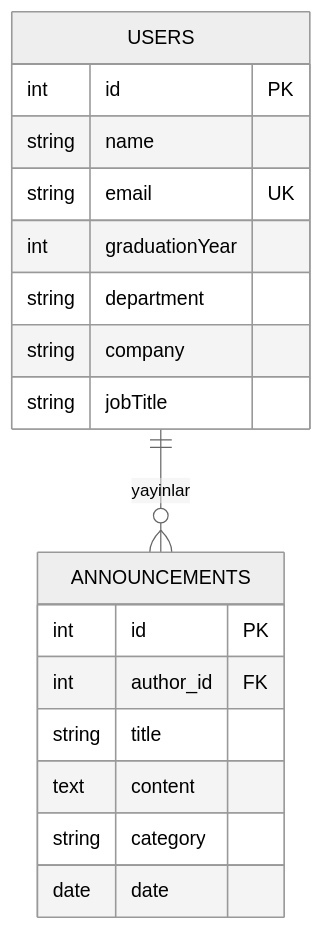
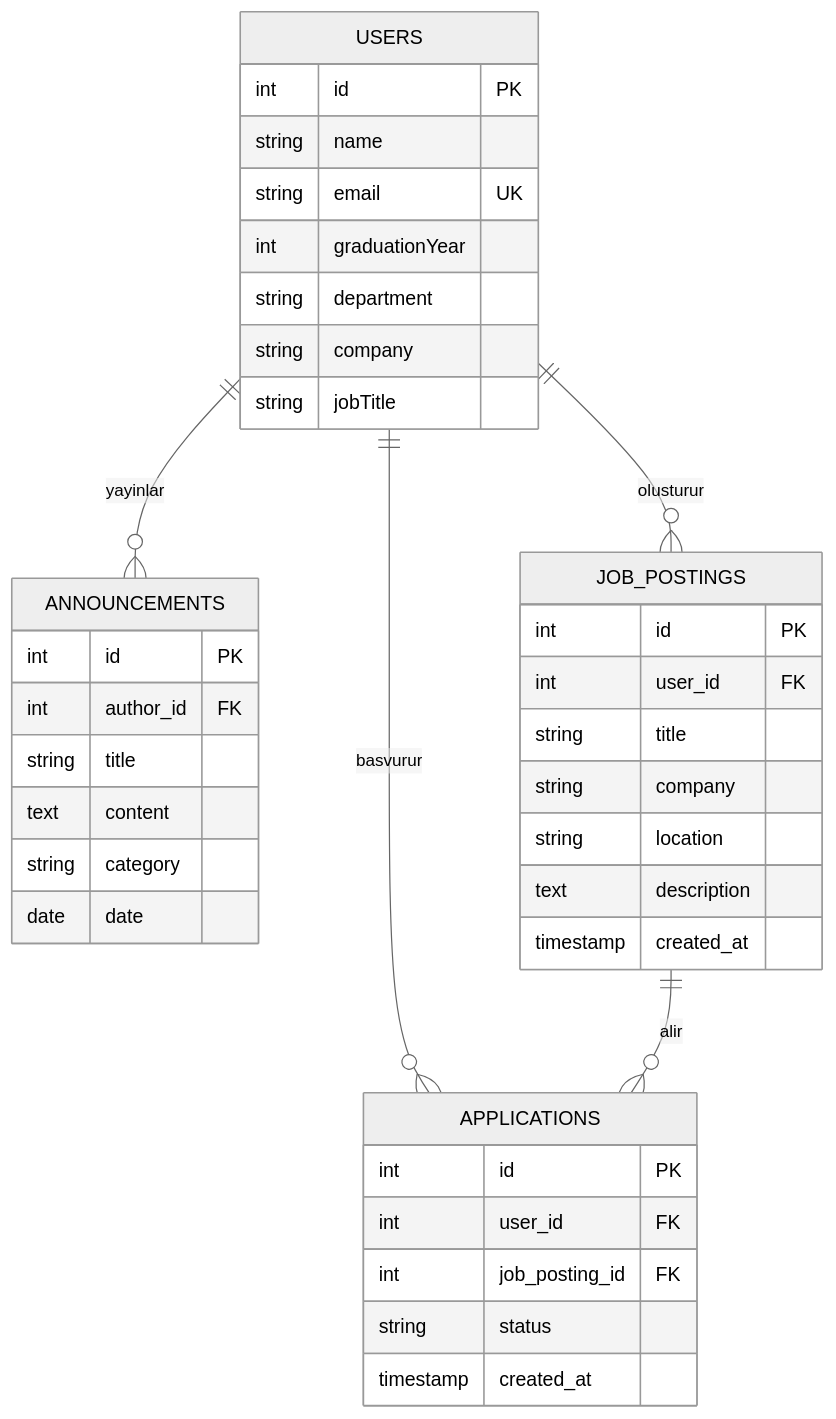
One commit to ADNARAGORN/alumni changed the diagram in ddd.md. Above: the diagram before and after it, drawn with Mermaid (neutral theme). The commit also changed other lines of this file and 14 other files, not shown here.

Commit message:
feat: implement Week 6 relational data architecture (Job Postings & Applications with One-to-Many, Many-to-Many, Migrations, Direct and Nested Routes, 409 Conflict, and Seeding)

````diff
--- a/ddd.md
+++ b/ddd.md
@@ -53,21 +89,40 @@
 ```mermaid
 erDiagram
     USERS ||--o{ ANNOUNCEMENTS : yayinlar
+    USERS ||--o{ JOB_POSTINGS : olusturur
+    USERS ||--o{ APPLICATIONS : basvurur
+    JOB_POSTINGS ||--o{ APPLICATIONS : alir
     USERS {
         int id PK
         string name
         string email UK
         int graduationYear
         string department
         string company
         string jobTitle
     }
     ANNOUNCEMENTS {
         int id PK
         int author_id FK
         string title
         text content
         string category
         date date
     }
+    JOB_POSTINGS {
+        int id PK
+        int user_id FK
+        string title
+        string company
+        string location
+        text description
+        timestamp created_at
+    }
+    APPLICATIONS {
+        int id PK
+        int user_id FK
+        int job_posting_id FK
+        string status
+        timestamp created_at
+    }
 ```
````
